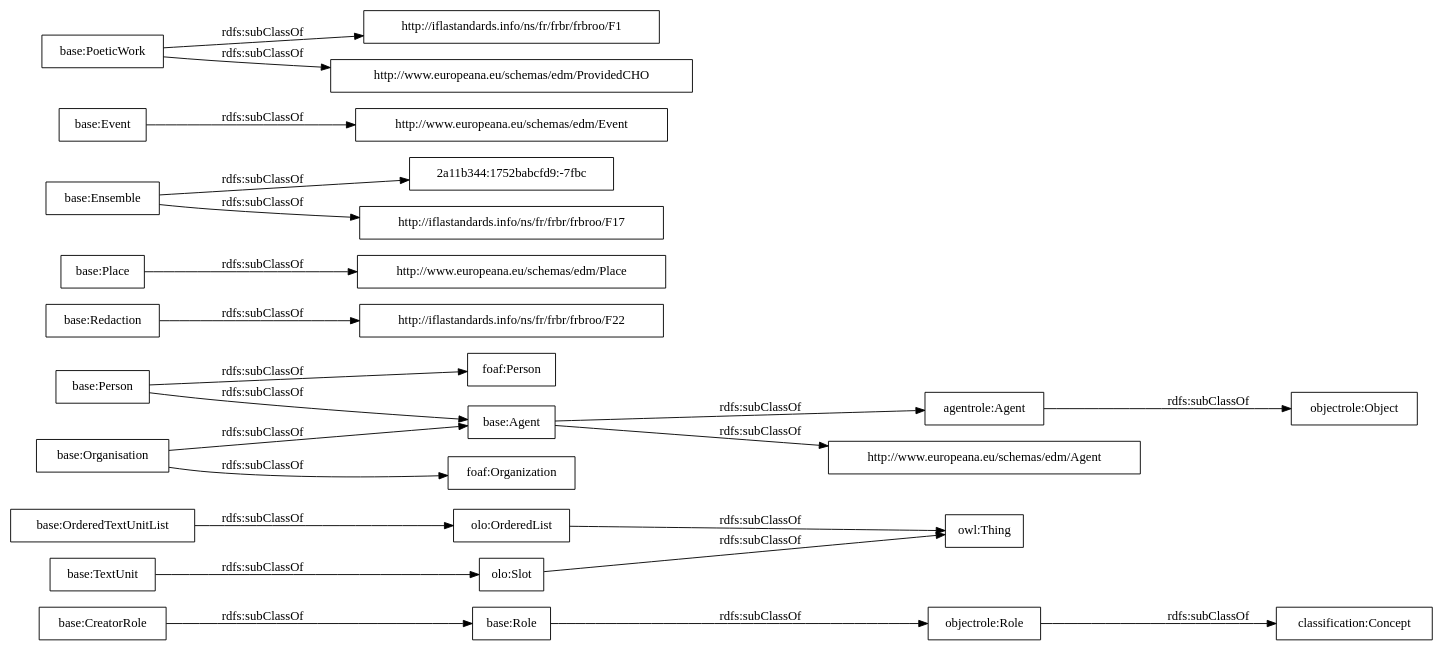
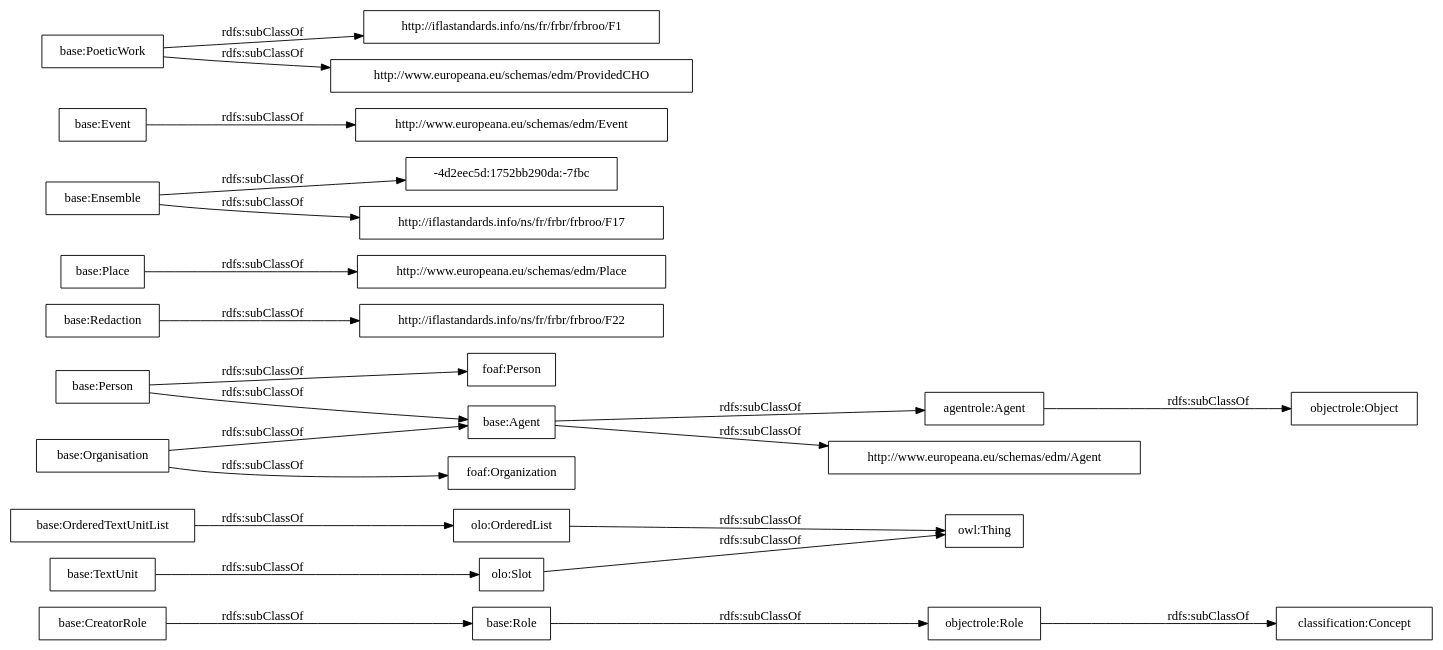
One commit to OnToologyUser/core-ontology-1 changed the diagram in OnToology/postdata-core.owl/diagrams/ar2dtool-taxonomy/postdata-core.owl.png.dot. Above: the diagram before and after it, drawn with Graphviz. The commit also changed 14 other files, not shown here.

```diff
--- a/OnToology/postdata-core.owl/diagrams/ar2dtool-taxonomy/postdata-core.owl.png.dot
+++ b/OnToology/postdata-core.owl/diagrams/ar2dtool-taxonomy/postdata-core.owl.png.dot
@@ -1,27 +1,27 @@
 digraph ar2dtool_diagram { 
 rankdir=LR;
 size="1000"
-node [shape = rectangle, color="black"]; "base:Role" "base:OrderedTextUnitList" "agentrole:Agent" "http://iflastandards.info/ns/fr/frbr/frbroo/F22" "http://www.europeana.eu/schemas/edm/Agent" "base:Agent" "base:CreatorRole" "base:Person" "base:Organisation" "http://www.europeana.eu/schemas/edm/Place" "base:Redaction" "base:Ensemble" "foaf:Person" "http://www.europeana.eu/schemas/edm/Event" "base:TextUnit" "http://iflastandards.info/ns/fr/frbr/frbroo/F1" "foaf:Organization" "http://www.europeana.eu/schemas/edm/ProvidedCHO" "base:Place" "base:Event" "2a11b344:1752babcfd9:-7fbc" "base:PoeticWork" "http://iflastandards.info/ns/fr/frbr/frbroo/F17" "owl:Thing" "objectrole:Role" "objectrole:Object" "olo:Slot" "olo:OrderedList" "classification:Concept" ; /*classes style*/
+node [shape = rectangle, color="black"]; "base:Role" "base:OrderedTextUnitList" "agentrole:Agent" "http://iflastandards.info/ns/fr/frbr/frbroo/F22" "http://www.europeana.eu/schemas/edm/Agent" "base:Agent" "base:CreatorRole" "base:Person" "base:Organisation" "http://www.europeana.eu/schemas/edm/Place" "base:Redaction" "base:Ensemble" "foaf:Person" "-4d2eec5d:1752bb290da:-7fbc" "http://www.europeana.eu/schemas/edm/Event" "base:TextUnit" "http://iflastandards.info/ns/fr/frbr/frbroo/F1" "foaf:Organization" "http://www.europeana.eu/schemas/edm/ProvidedCHO" "base:Place" "base:Event" "base:PoeticWork" "http://iflastandards.info/ns/fr/frbr/frbroo/F17" "owl:Thing" "objectrole:Role" "objectrole:Object" "olo:Slot" "olo:OrderedList" "classification:Concept" ; /*classes style*/
 	"base:Redaction" -> "http://iflastandards.info/ns/fr/frbr/frbroo/F22" [ label = "rdfs:subClassOf" ];
 	"base:Role" -> "objectrole:Role" [ label = "rdfs:subClassOf" ];
 	"base:Event" -> "http://www.europeana.eu/schemas/edm/Event" [ label = "rdfs:subClassOf" ];
 	"base:Person" -> "foaf:Person" [ label = "rdfs:subClassOf" ];
 	"base:Person" -> "base:Agent" [ label = "rdfs:subClassOf" ];
 	"olo:OrderedList" -> "owl:Thing" [ label = "rdfs:subClassOf" ];
 	"olo:Slot" -> "owl:Thing" [ label = "rdfs:subClassOf" ];
 	"base:PoeticWork" -> "http://www.europeana.eu/schemas/edm/ProvidedCHO" [ label = "rdfs:subClassOf" ];
 	"base:PoeticWork" -> "http://iflastandards.info/ns/fr/frbr/frbroo/F1" [ label = "rdfs:subClassOf" ];
 	"base:TextUnit" -> "olo:Slot" [ label = "rdfs:subClassOf" ];
 	"agentrole:Agent" -> "objectrole:Object" [ label = "rdfs:subClassOf" ];
-	"base:Ensemble" -> "2a11b344:1752babcfd9:-7fbc" [ label = "rdfs:subClassOf" ];
+	"base:Ensemble" -> "-4d2eec5d:1752bb290da:-7fbc" [ label = "rdfs:subClassOf" ];
 	"base:Ensemble" -> "http://iflastandards.info/ns/fr/frbr/frbroo/F17" [ label = "rdfs:subClassOf" ];
 	"base:OrderedTextUnitList" -> "olo:OrderedList" [ label = "rdfs:subClassOf" ];
 	"base:Agent" -> "agentrole:Agent" [ label = "rdfs:subClassOf" ];
 	"base:Agent" -> "http://www.europeana.eu/schemas/edm/Agent" [ label = "rdfs:subClassOf" ];
 	"objectrole:Role" -> "classification:Concept" [ label = "rdfs:subClassOf" ];
 	"base:Place" -> "http://www.europeana.eu/schemas/edm/Place" [ label = "rdfs:subClassOf" ];
 	"base:Organisation" -> "foaf:Organization" [ label = "rdfs:subClassOf" ];
 	"base:Organisation" -> "base:Agent" [ label = "rdfs:subClassOf" ];
 	"base:CreatorRole" -> "base:Role" [ label = "rdfs:subClassOf" ];
 
 }
```
